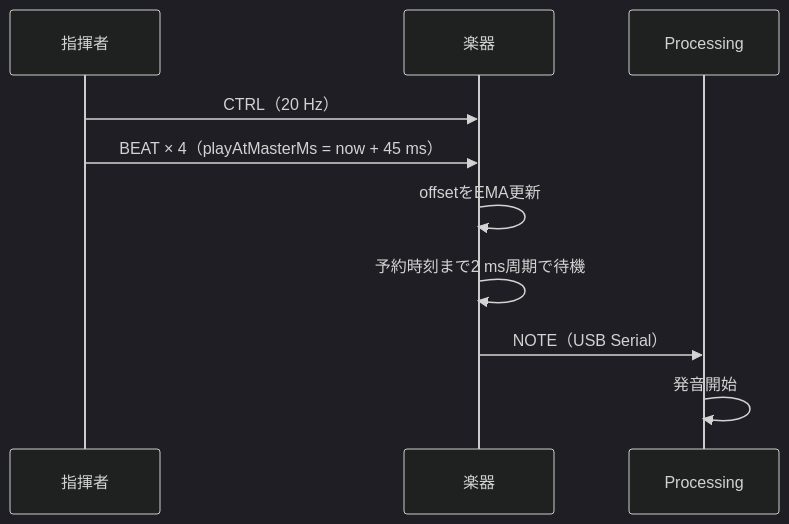
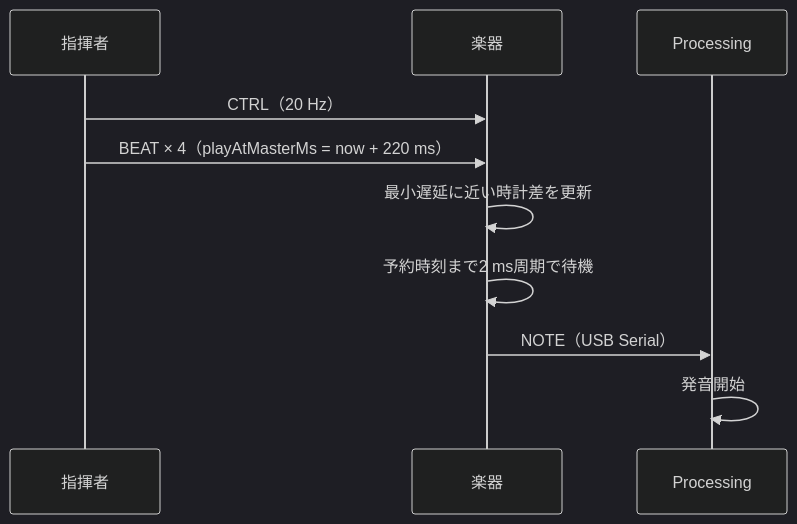
Before and after one commit to takushio2525/2026-hackathon-team23: the diagram in docs/src/content/docs/system/synchronization.md, drawn with Mermaid (dark theme). The commit also changed other lines of this file and 24 other files, not shown here.

````diff
--- a/docs/src/content/docs/system/synchronization.md
+++ b/docs/src/content/docs/system/synchronization.md
@@ -13,12 +14,12 @@
 ```mermaid
 sequenceDiagram
     participant C as 指揮者
     participant I as 楽器
     participant P as Processing
     C->>I: CTRL（20 Hz）
-    C->>I: BEAT × 4（playAtMasterMs = now + 45 ms）
-    I->>I: offsetをEMA更新
+    C->>I: BEAT × 4（playAtMasterMs = now + 220 ms）
+    I->>I: 最小遅延に近い時計差を更新
     I->>I: 予約時刻まで2 ms周期で待機
     I->>P: NOTE（USB Serial）
     P->>P: 発音開始
 ```
````
